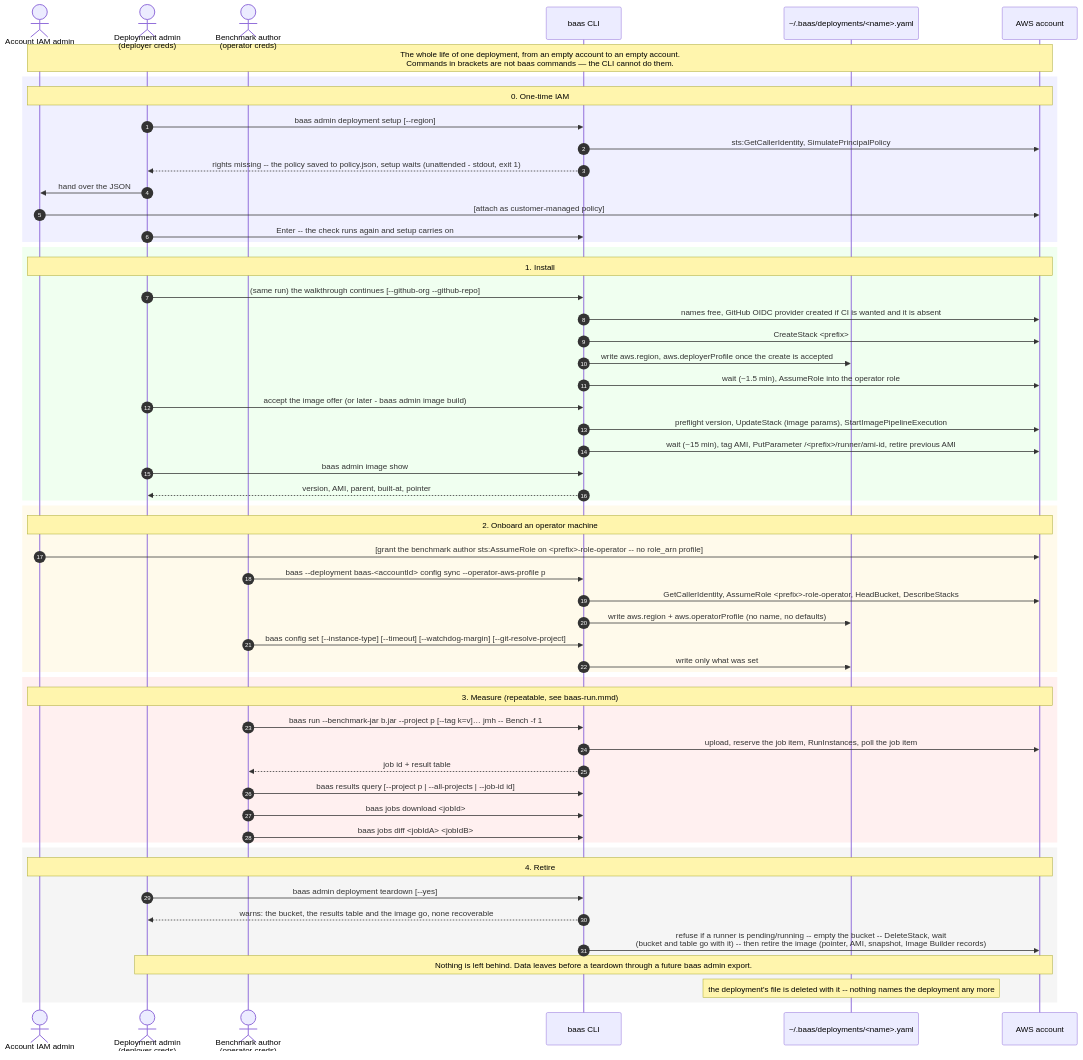
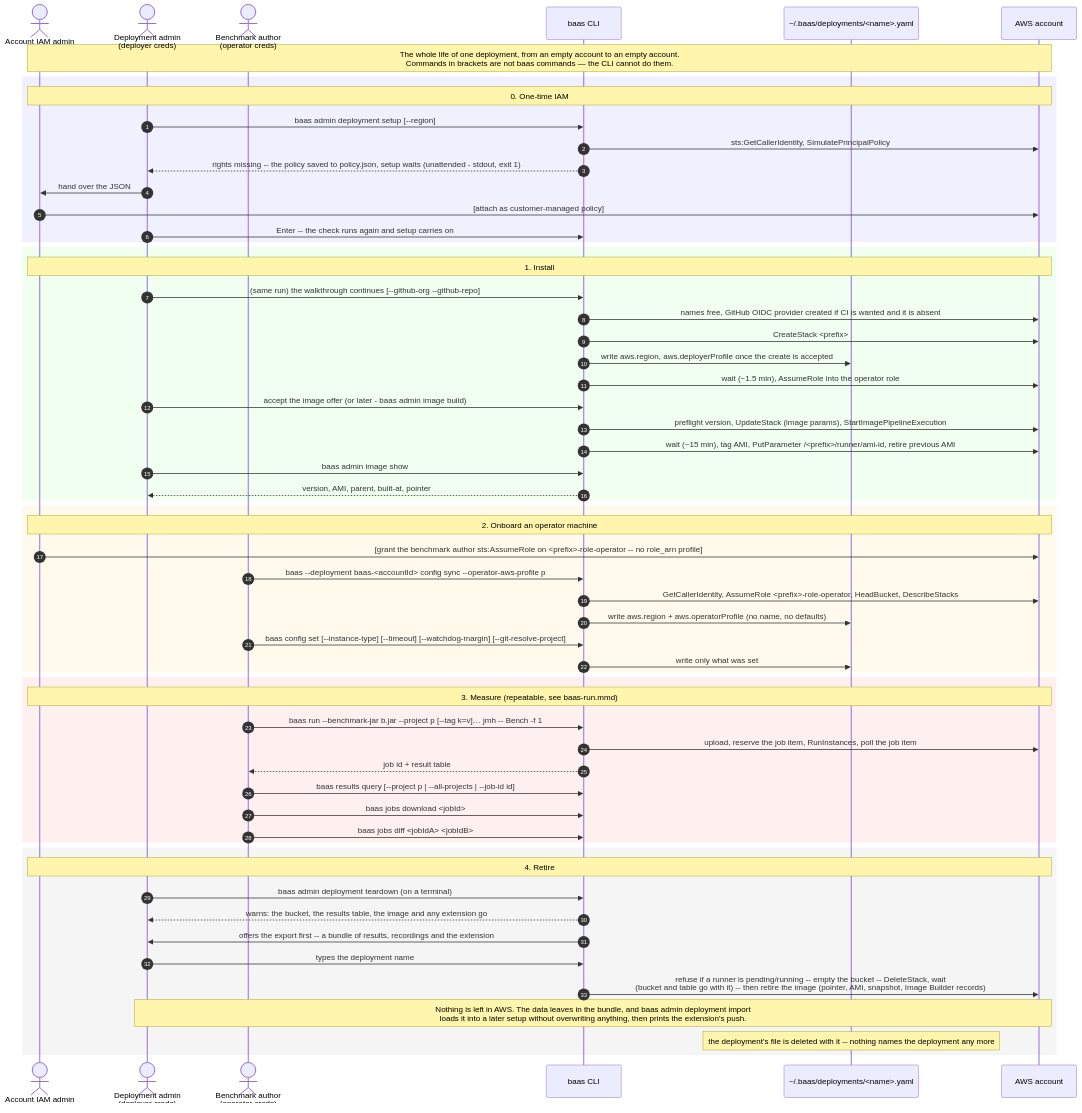
The diagram in docs/diagrams/baas-lifecycle.mmd (wsztajerowski/benchmark-as-a-service), drawn with Mermaid before and after one commit. The commit also changed 6 other files, not shown here.

First line of the commit message:
docs: record export, import and teardown's export offer

```diff
--- a/docs/diagrams/baas-lifecycle.mmd
+++ b/docs/diagrams/baas-lifecycle.mmd
@@ -1,63 +1,65 @@
 sequenceDiagram
     autonumber
     actor IA as Account IAM admin
     actor Adm as Deployment admin<br/>(deployer creds)
     actor Op as Benchmark author<br/>(operator creds)
     participant CLI as baas CLI
     participant CFG as ~/.baas/deployments/<name>.yaml
     participant AWS as AWS account
 
     Note over IA,AWS: The whole life of one deployment, from an empty account to an empty account.<br/>Commands in brackets are not baas commands — the CLI cannot do them.
 
     rect rgb(240, 240, 255)
         Note over IA,AWS: 0. One-time IAM
         Adm->>CLI: baas admin deployment setup [--region]
         CLI->>AWS: sts:GetCallerIdentity, SimulatePrincipalPolicy
         CLI-->>Adm: rights missing -- the policy saved to policy.json, setup waits (unattended - stdout, exit 1)
         Adm->>IA: hand over the JSON
         IA->>AWS: [attach as customer-managed policy]
         Adm->>CLI: Enter -- the check runs again and setup carries on
     end
 
     rect rgb(240, 255, 240)
         Note over IA,AWS: 1. Install
         Adm->>CLI: (same run) the walkthrough continues [--github-org --github-repo]
         CLI->>AWS: names free, GitHub OIDC provider created if CI is wanted and it is absent
         CLI->>AWS: CreateStack <prefix>
         CLI->>CFG: write aws.region, aws.deployerProfile once the create is accepted
         CLI->>AWS: wait (~1.5 min), AssumeRole into the operator role
         Adm->>CLI: accept the image offer (or later - baas admin image build)
         CLI->>AWS: preflight version, UpdateStack (image params), StartImagePipelineExecution
         CLI->>AWS: wait (~15 min), tag AMI, PutParameter /<prefix>/runner/ami-id, retire previous AMI
         Adm->>CLI: baas admin image show
         CLI-->>Adm: version, AMI, parent, built-at, pointer
     end
 
     rect rgb(255, 250, 235)
         Note over IA,AWS: 2. Onboard an operator machine
         IA->>AWS: [grant the benchmark author sts:AssumeRole on <prefix>-role-operator -- no role_arn profile]
         Op->>CLI: baas --deployment baas-<accountId> config sync --operator-aws-profile p
         CLI->>AWS: GetCallerIdentity, AssumeRole <prefix>-role-operator, HeadBucket, DescribeStacks
         CLI->>CFG: write aws.region + aws.operatorProfile (no name, no defaults)
         Op->>CLI: baas config set [--instance-type] [--timeout] [--watchdog-margin] [--git-resolve-project]
         CLI->>CFG: write only what was set
     end
 
     rect rgb(255, 240, 240)
         Note over IA,AWS: 3. Measure (repeatable, see baas-run.mmd)
         Op->>CLI: baas run --benchmark-jar b.jar --project p [--tag k=v]… jmh -- Bench -f 1
         CLI->>AWS: upload, reserve the job item, RunInstances, poll the job item
         CLI-->>Op: job id + result table
         Op->>CLI: baas results query [--project p | --all-projects | --job-id id]
         Op->>CLI: baas jobs download <jobId>
         Op->>CLI: baas jobs diff <jobIdA> <jobIdB>
     end
 
     rect rgb(245, 245, 245)
         Note over IA,AWS: 4. Retire
-        Adm->>CLI: baas admin deployment teardown [--yes]
-        CLI-->>Adm: warns: the bucket, the results table and the image go, none recoverable
+        Adm->>CLI: baas admin deployment teardown (on a terminal)
+        CLI-->>Adm: warns: the bucket, the results table, the image and any extension go
+        CLI->>Adm: offers the export first -- a bundle of results, recordings and the extension
+        Adm->>CLI: types the deployment name
         CLI->>AWS: refuse if a runner is pending/running -- empty the bucket -- DeleteStack, wait<br/>(bucket and table go with it) -- then retire the image (pointer, AMI, snapshot, Image Builder records)
-        Note over Adm,AWS: Nothing is left behind. Data leaves before a teardown through a future baas admin export.
+        Note over Adm,AWS: Nothing is left in AWS. The data leaves in the bundle, and baas admin deployment import<br/>loads it into a later setup without overwriting anything, then prints the extension's push.
         Note over CFG: the deployment's file is deleted with it -- nothing names the deployment any more
     end
```
